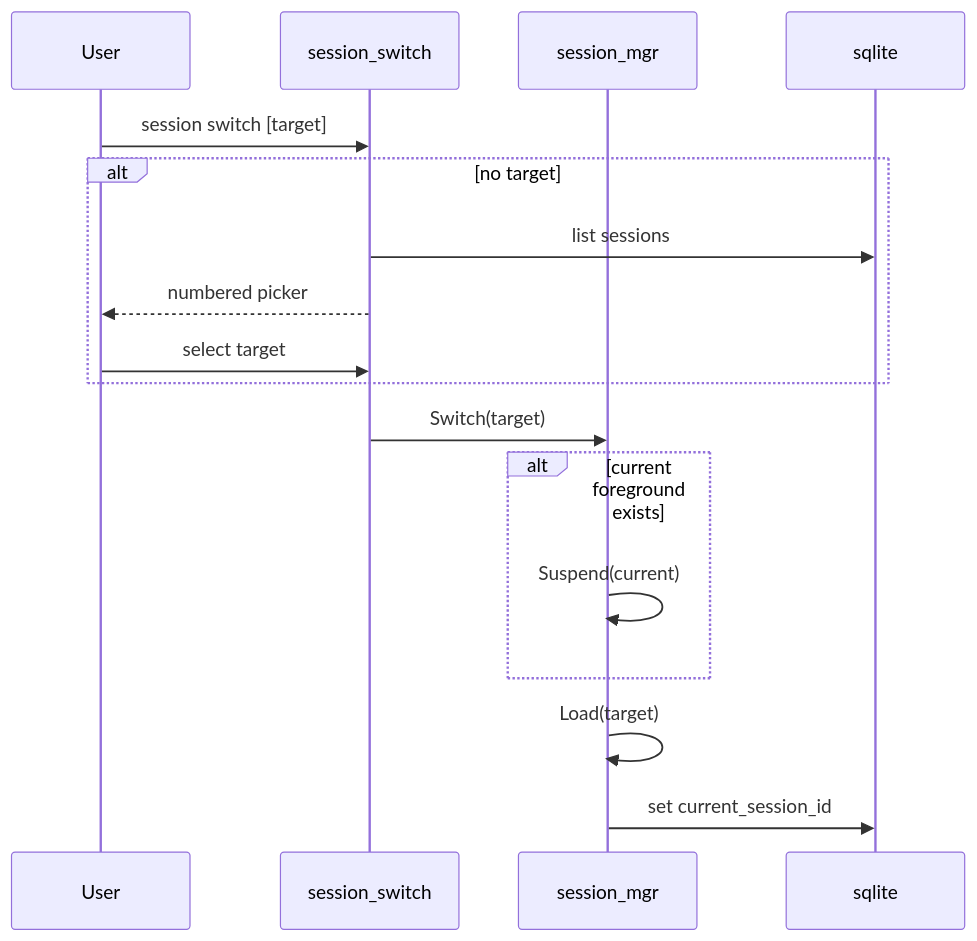
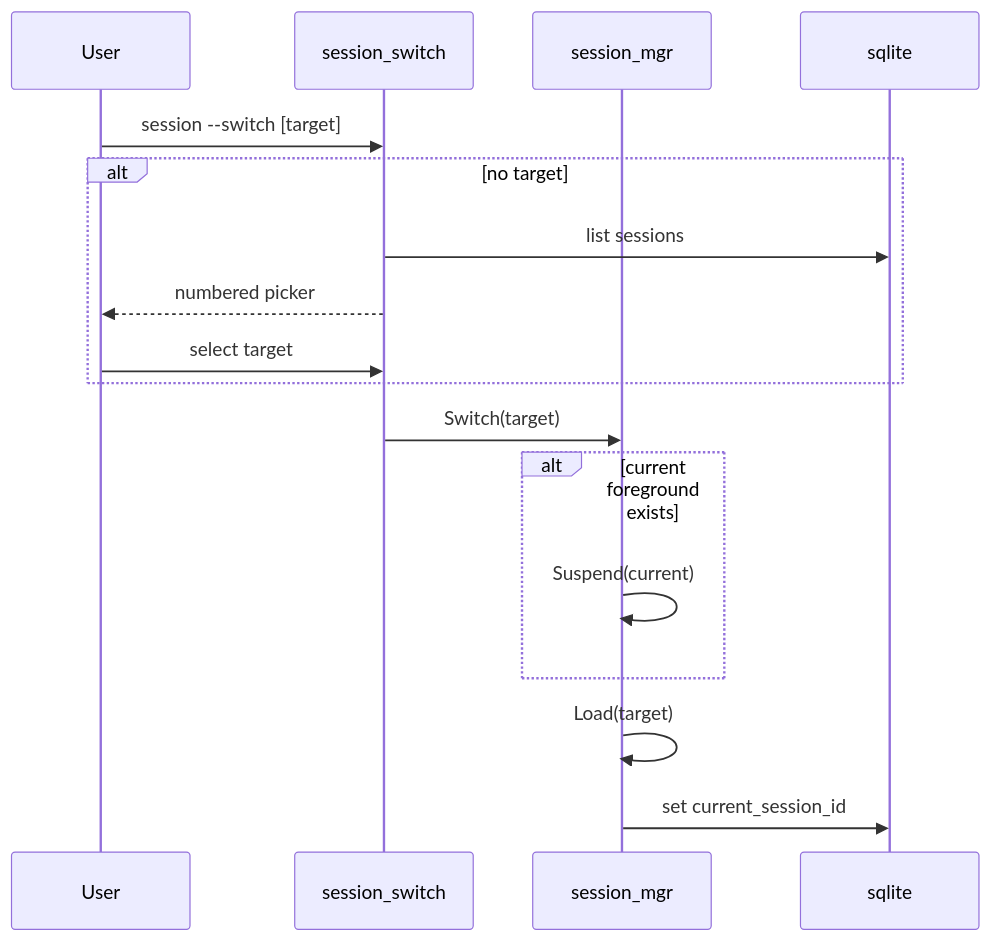
The fourth of 5 diagrams in docs/design.md (os-artificer/AiT), drawn with Mermaid before and after one commit. The commit also changed other lines of this file and 43 other files, not shown here.

First line of the commit message:
feat(session): optional login save, connection dedup, and session flag CLI

````diff
--- a/docs/design.md
+++ b/docs/design.md
@@ -340,19 +340,19 @@
 ```mermaid
 sequenceDiagram
   participant User
   participant CLI as session_switch
   participant Sess as session_mgr
   participant DB as sqlite
-  User->>CLI: session switch [target]
+  User->>CLI: session --switch [target]
   alt no target
     CLI->>DB: list sessions
     CLI-->>User: numbered picker
     User->>CLI: select target
   end
   CLI->>Sess: Switch(target)
   alt current foreground exists
     Sess->>Sess: Suspend(current)
   end
   Sess->>Sess: Load(target)
   Sess->>DB: set current_session_id
 ```
````
